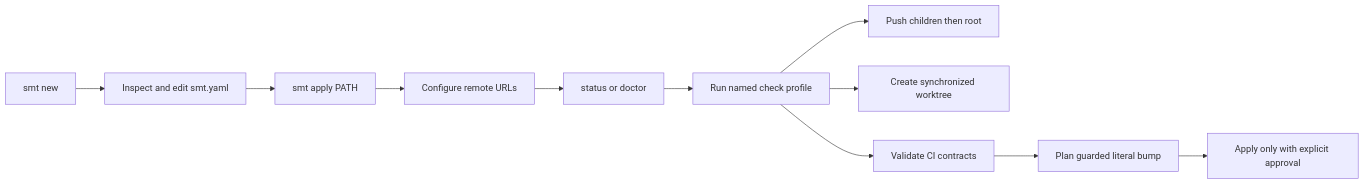
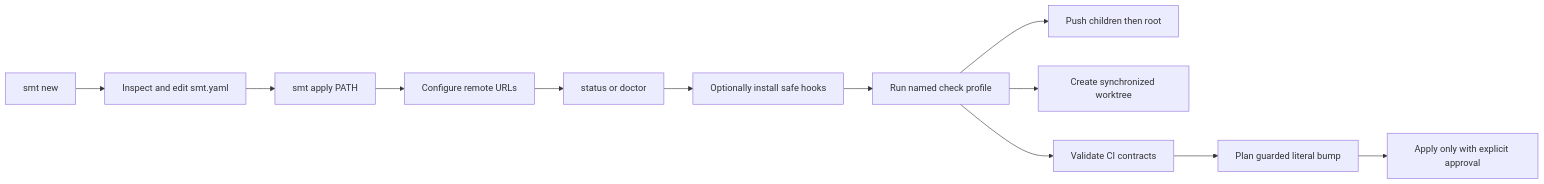
One commit to parmcoder/smt changed the diagram in docs/00-project/SMT - Product Concept.md. Above: the diagram before and after it, drawn with Mermaid. The commit also changed other lines of this file and 16 other files, not shown here.

````diff
--- a/docs/00-project/SMT - Product Concept.md
+++ b/docs/00-project/SMT - Product Concept.md
@@ -22,13 +22,14 @@
 ```mermaid
 flowchart LR
     A[smt new] --> B[Inspect and edit smt.yaml]
     B --> C[smt apply PATH]
     C --> D[Configure remote URLs]
     D --> E[status or doctor]
-    E --> F[Run named check profile]
-    F --> G[Push children then root]
-    F --> H[Create synchronized worktree]
-    F --> I[Validate CI contracts]
-    I --> J[Plan guarded literal bump]
-    J --> K[Apply only with explicit approval]
+    E --> F[Optionally install safe hooks]
+    F --> G[Run named check profile]
+    G --> H[Push children then root]
+    G --> I[Create synchronized worktree]
+    G --> J[Validate CI contracts]
+    J --> K[Plan guarded literal bump]
+    K --> L[Apply only with explicit approval]
 ```
````
